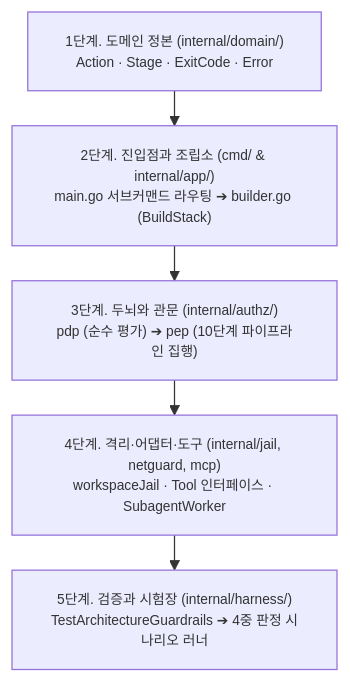
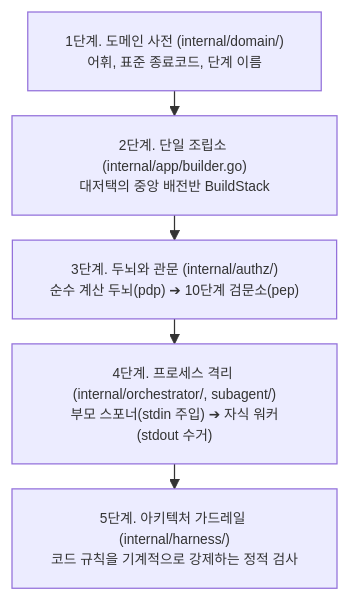
One commit to RadiantCitron/authz-harness changed the diagram in docs/작동원리/005-아키텍처_배선지도와_빠른_코드인수인계.md. Above: the diagram before and after it, drawn with Mermaid. The commit also changed other lines of this file, not shown here.

````diff
--- a/docs/작동원리/005-아키텍처_배선지도와_빠른_코드인수인계.md
+++ b/docs/작동원리/005-아키텍처_배선지도와_빠른_코드인수인계.md
@@ -42,8 +23,8 @@
 ```mermaid
-%%{init: {"themeVariables": {"fontSize": "11px"}, "flowchart": {"nodeSpacing": 25, "rankSpacing": 28}}}%%
+%%{init: {"themeVariables": {"fontSize": "11px"}, "flowchart": {"nodeSpacing": 20, "rankSpacing": 20}}}%%
 flowchart TD
-    S1["1단계. 도메인 정본 (internal/domain/)<br/>Action · Stage · ExitCode · Error"] --> S2["2단계. 진입점과 조립소 (cmd/ & internal/app/)<br/>main.go 서브커맨드 라우팅 ➔ builder.go (BuildStack)"]
-    S2 --> S3["3단계. 두뇌와 관문 (internal/authz/)<br/>pdp (순수 평가) ➔ pep (10단계 파이프라인 집행)"]
-    S3 --> S4["4단계. 격리·어댑터·도구 (internal/jail, netguard, mcp)<br/>workspaceJail · Tool 인터페이스 · SubagentWorker"]
-    S4 --> S5["5단계. 검증과 시험장 (internal/harness/)<br/>TestArchitectureGuardrails ➔ 4중 판정 시나리오 러너"]
+    S1["1단계. 도메인 사전 (internal/domain/)<br/>어휘, 표준 종료코드, 단계 이름"] --> S2["2단계. 단일 조립소 (internal/app/builder.go)<br/>대저택의 중앙 배전반 BuildStack"]
+    S2 --> S3["3단계. 두뇌와 관문 (internal/authz/)<br/>순수 계산 두뇌(pdp) ➔ 10단계 검문소(pep)"]
+    S3 --> S4["4단계. 프로세스 격리 (internal/orchestrator/, subagent/)<br/>부모 스포너(stdin 주입) ➔ 자식 워커(stdout 수거)"]
+    S4 --> S5["5단계. 아키텍처 가드레일 (internal/harness/)<br/>코드 규칙을 기계적으로 강제하는 정적 검사"]
 ```
````
